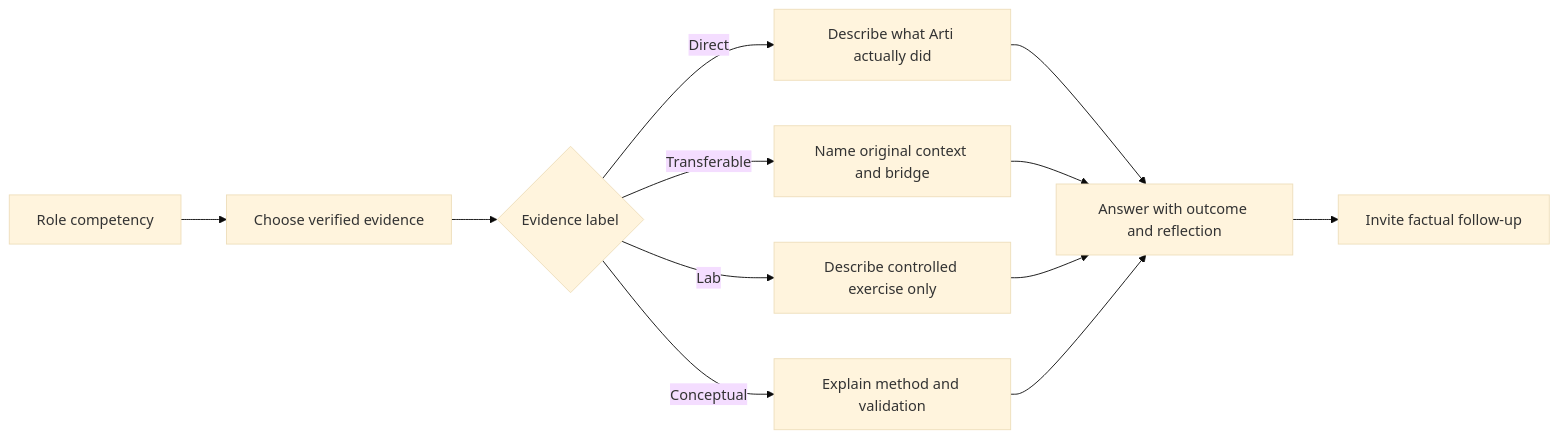
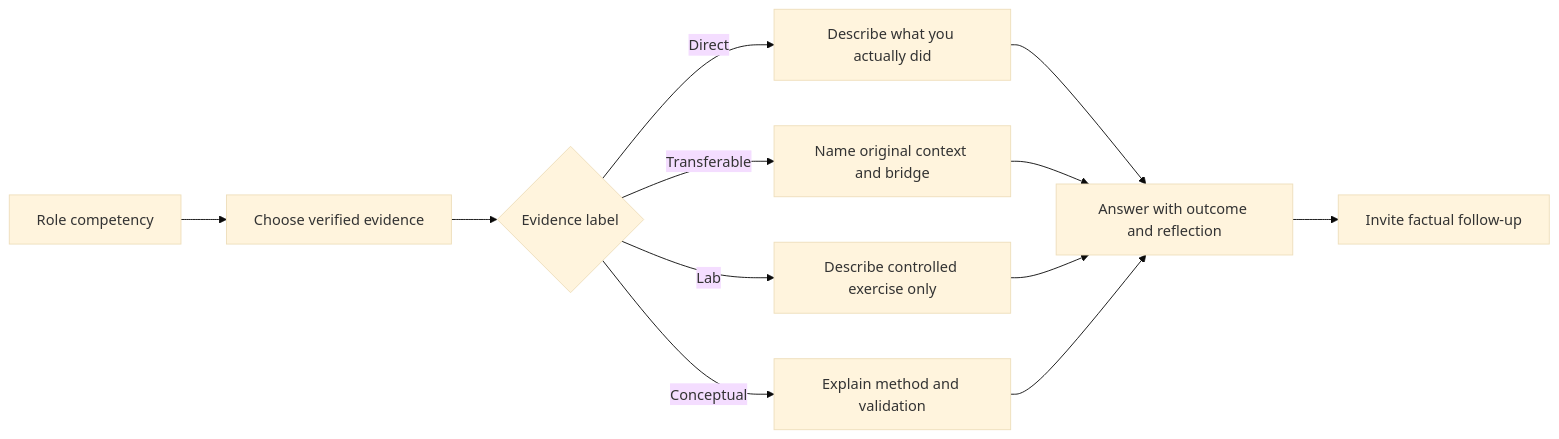
One commit to hichauhan-in/Interview-Prep changed the first of 15 diagrams in Deloitte M365 Security Consultant/prep/Part-74-behavioral-consulting-closing.md. Above: the diagram before and after it, drawn with Mermaid (base theme). The commit also changed other lines of this file and 493 other files, not shown here.

````diff
--- a/Deloitte M365 Security Consultant/prep/Part-74-behavioral-consulting-closing.md
+++ b/Deloitte M365 Security Consultant/prep/Part-74-behavioral-consulting-closing.md
@@ -41,14 +41,14 @@
 ```mermaid
 flowchart LR
     JD[Role competency] --> E[Choose verified evidence]
     E --> L{Evidence label}
-    L -->|Direct| D[Describe what Arti actually did]
+    L -->|Direct| D[Describe what you actually did]
     L -->|Transferable| T[Name original context and bridge]
     L -->|Lab| B[Describe controlled exercise only]
     L -->|Conceptual| C[Explain method and validation]
     D --> O[Answer with outcome and reflection]
     T --> O
     B --> O
     C --> O
     O --> P[Invite factual follow-up]
 ```
````
